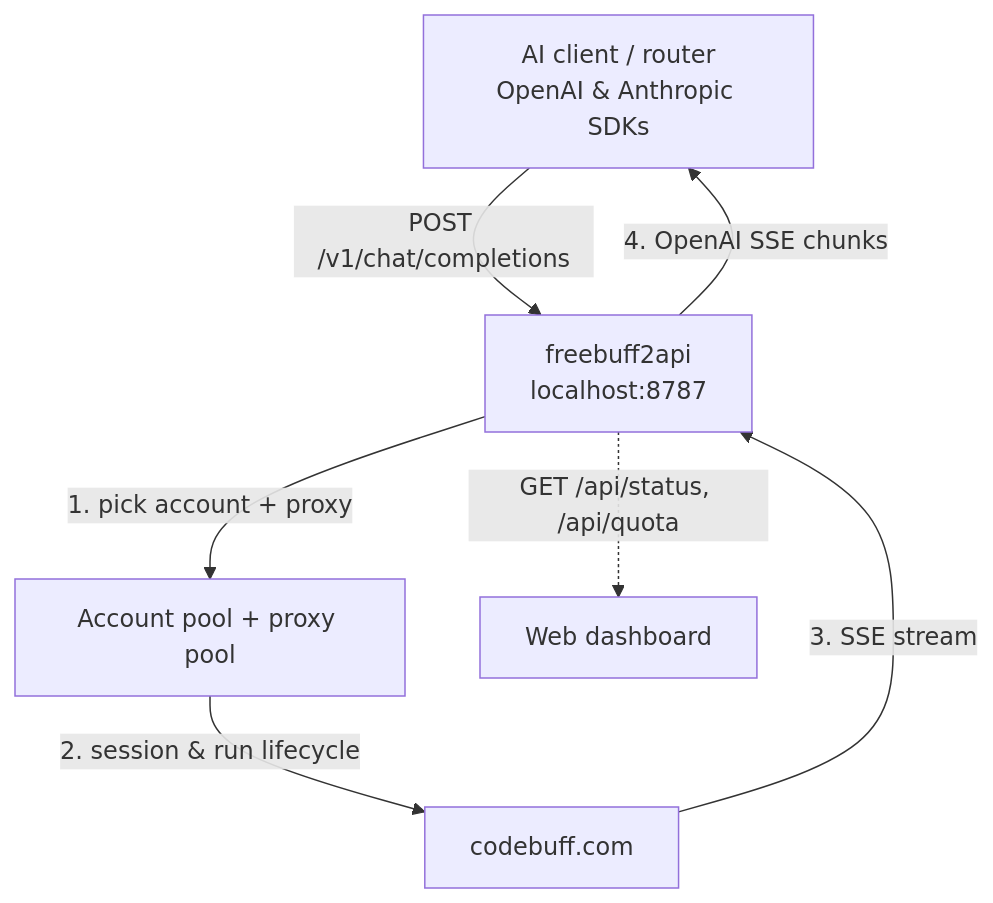
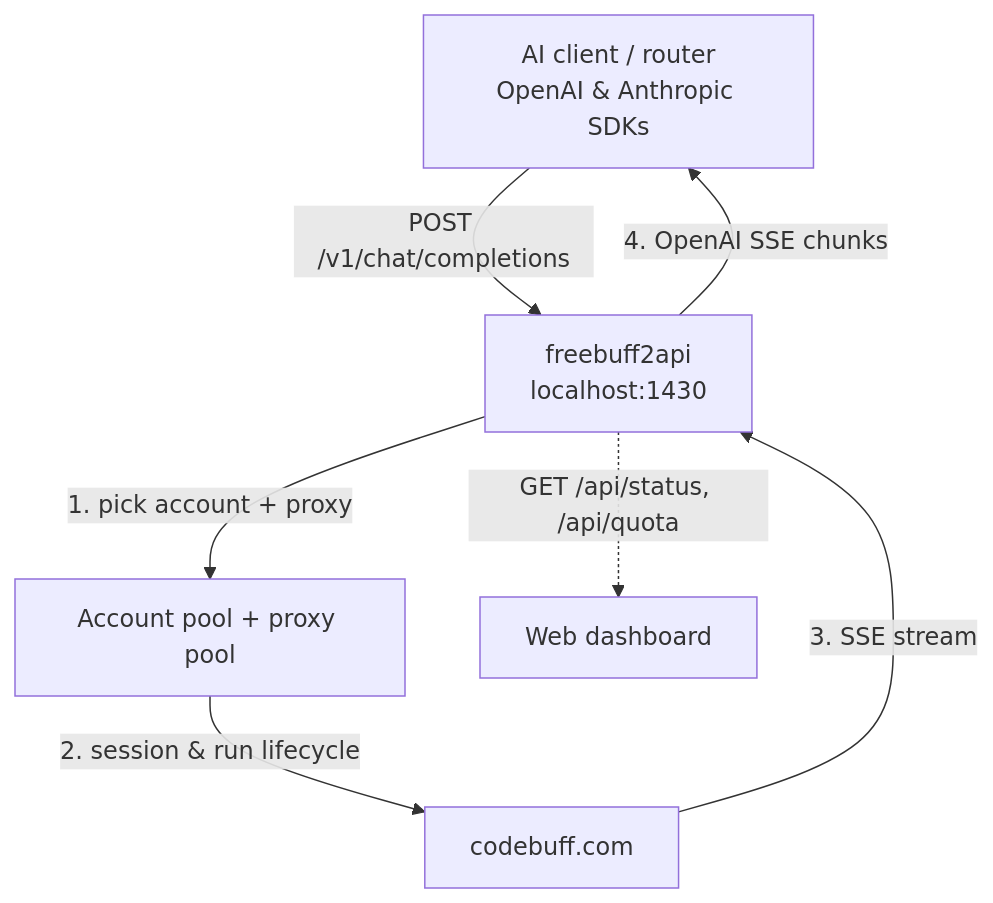
The diagram in README.md (NetroIndonesia/freebuff2api), drawn with Mermaid before and after one commit. The commit also changed other lines of this file and 3 other files, not shown here.

````diff
--- a/README.md
+++ b/README.md
@@ -34,9 +34,9 @@
 ```mermaid
 graph TD
-    Client[AI client / router<br/>OpenAI & Anthropic SDKs] -->|POST /v1/chat/completions| Proxy[freebuff2api<br/>localhost:8787]
+    Client[AI client / router<br/>OpenAI & Anthropic SDKs] -->|POST /v1/chat/completions| Proxy[freebuff2api<br/>localhost:1430]
     Proxy -->|1. pick account + proxy| Pool[Account pool + proxy pool]
     Pool -->|2. session & run lifecycle| Upstream[codebuff.com]
     Upstream -->|3. SSE stream| Proxy
     Proxy -->|4. OpenAI SSE chunks| Client
     Proxy -.->|GET /api/status, /api/quota| Dashboard[Web dashboard]
 ```
````
